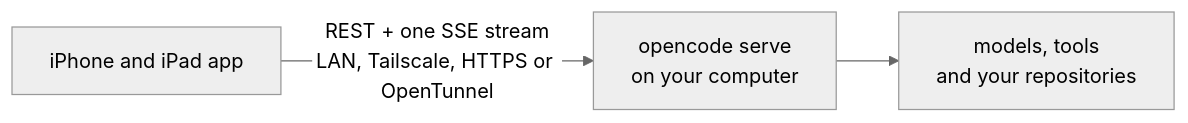
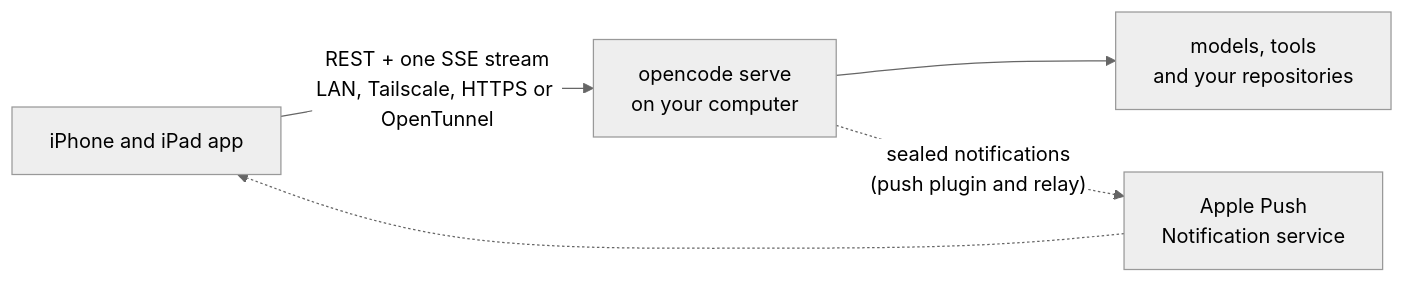
The diagram in README.md (38st/opencode-ios), drawn with Mermaid (neutral theme) before and after one commit. The commit also changed other lines of this file and 1 other file, not shown here.

````diff
--- a/README.md
+++ b/README.md
@@ -60,5 +64,7 @@
 ```mermaid
 flowchart LR
     app["iPhone and iPad app"] -- "REST + one SSE stream<br/>LAN, Tailscale, HTTPS or OpenTunnel" --> server["opencode serve<br/>on your computer"]
     server --> work["models, tools<br/>and your repositories"]
+    server -. "sealed notifications<br/>(push plugin and relay)" .-> apns["Apple Push<br/>Notification service"]
+    apns -.-> app
 ```
````
